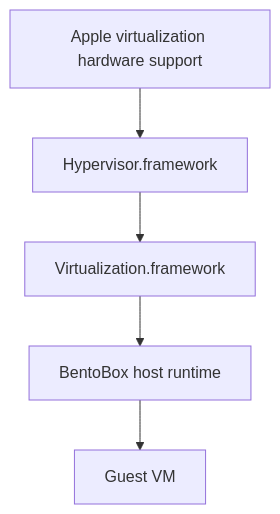
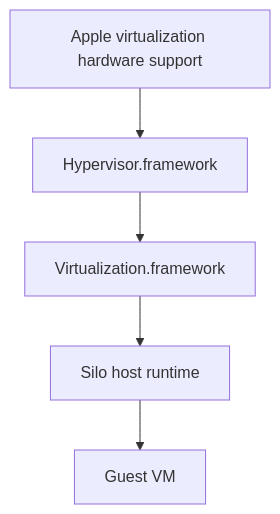
Before and after one commit to vandycknick/silo: the fifth of 6 diagrams in docs/terminology.md, drawn with Mermaid. The commit also changed other lines of this file and 141 other files, not shown here.

````diff
--- a/docs/terminology.md
+++ b/docs/terminology.md
@@ -203,10 +203,10 @@
 ```mermaid
 flowchart TD
     Guest[Guest VM]
-    Bento[BentoBox host runtime]
+    Silo[Silo host runtime]
     VZ[Virtualization.framework]
     HVF[Hypervisor.framework]
     Hardware[Apple virtualization hardware support]
 
-    Hardware --> HVF --> VZ --> Bento --> Guest
+    Hardware --> HVF --> VZ --> Silo --> Guest
 ```
````
